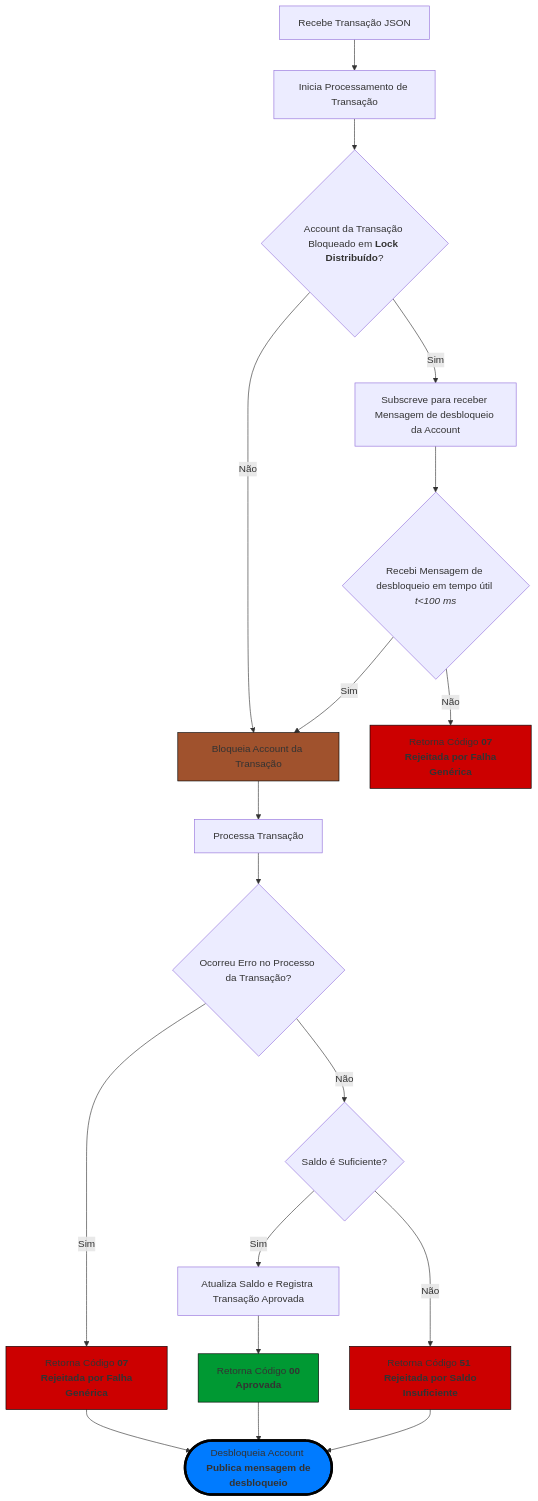
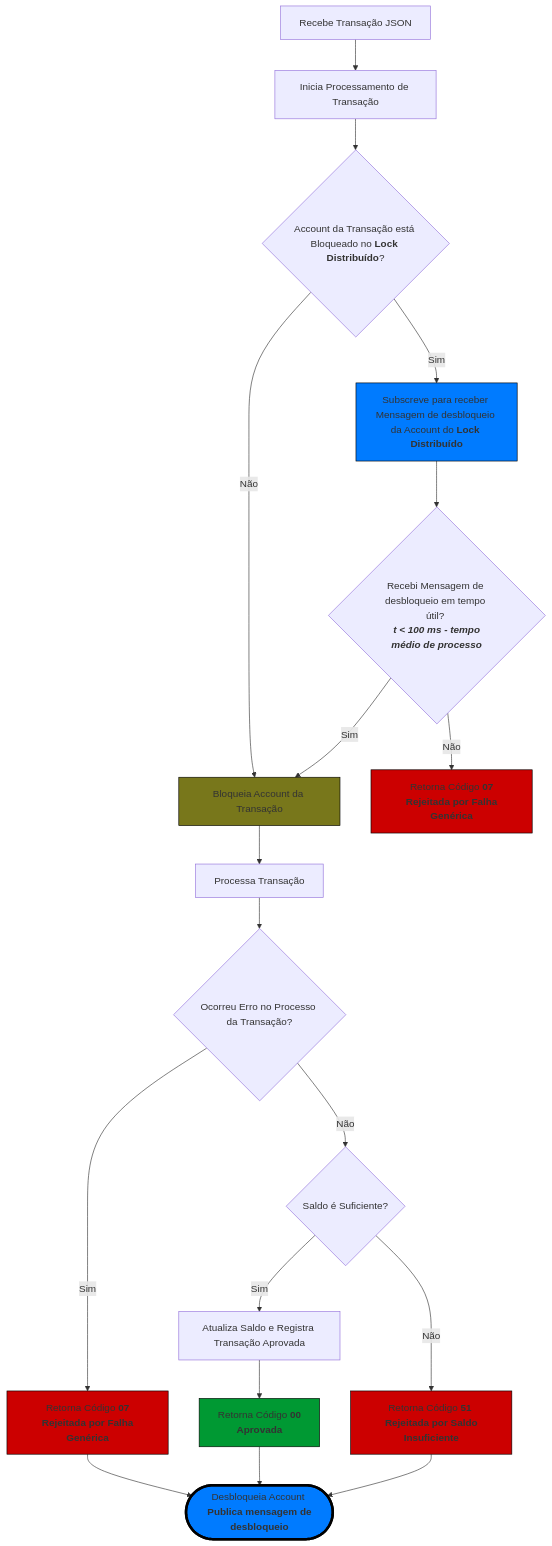
The third of 3 diagrams in README.md (marciovmartins/jtonynet-go-payments-api), drawn with Mermaid before and after one commit. The commit also changed other lines of this file and 13 other files, not shown here.

````diff
--- a/README.md
+++ b/README.md
@@ -563,36 +586,36 @@
 ```mermaid
 flowchart TD
     A[Recebe Transação JSON] --> B[Inicia Processamento de Transação]
-    B --> C{Account da Transação Bloqueado em <b>Lock Distribuído</b>?}
+    B --> C{Account da Transação está Bloqueado no <b>Lock Distribuído</b>?}
     
     C -- Não --> D[Bloqueia Account da Transação]
     D  --> E[Processa Transação]
 
-    C -- Sim --> M[Subscreve para receber Mensagem de desbloqueio da Account]
-    M --> N{Recebi Mensagem de desbloqueio em tempo útil <i>t<i><100 ms}
+    C -- Sim --> M[Subscreve para receber Mensagem de desbloqueio da Account do <b>Lock Distribuído</b>]
+    M --> N{Recebi Mensagem de desbloqueio em tempo útil? <br/> <b><i>t<i> < 100 ms - tempo médio de processo</b>}
     N -- Sim --> D
     N -- Não --> O[Retorna Código <b>07<br/> Rejeitada por Falha Genérica</b>]
 
     E --> F{Ocorreu Erro no Processo da Transação?}
     F -- Não --> G{Saldo é Suficiente?}
     F -- Sim --> K[Retorna Código <b>07<br/> Rejeitada por Falha Genérica</b>]
     K --> J
     
     G -- Sim --> H[Atualiza Saldo e Registra Transação Aprovada]
     H --> I[Retorna Código <b>00 <br/> Aprovada</b>]
     I --> J([Desbloqueia Account <br> <b>Publica mensagem de desbloqueio</b>])
 
     G -- Não --> L[Retorna Código <b>51 <br/> Rejeitada por Saldo Insuficiente</b>]
     L --> J
 
-
-    style D fill:#A0522D,stroke:#000
+    style D fill:#78771b,stroke:#000
     style I fill:#009933,stroke:#000
 
     style L fill:#cc0000,stroke:#000
     style K fill:#cc0000,stroke:#000
     style O fill:#cc0000,stroke:#000
 
+    style M fill:#007bff,stroke:#000
     style J fill:#007bff,stroke:#000,stroke-width:4px
 
 ```
````
